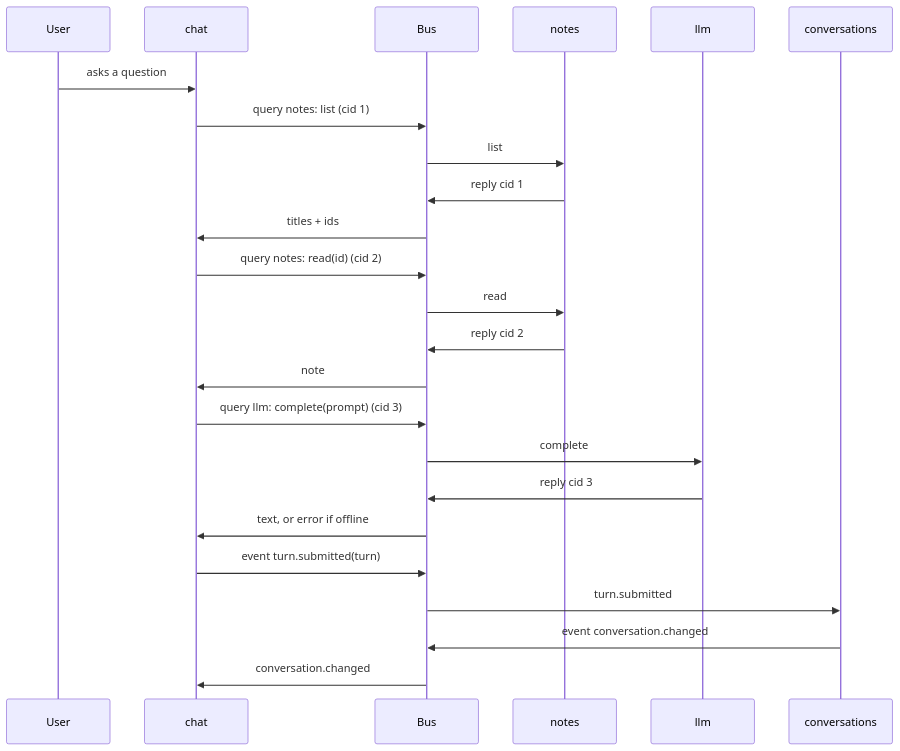
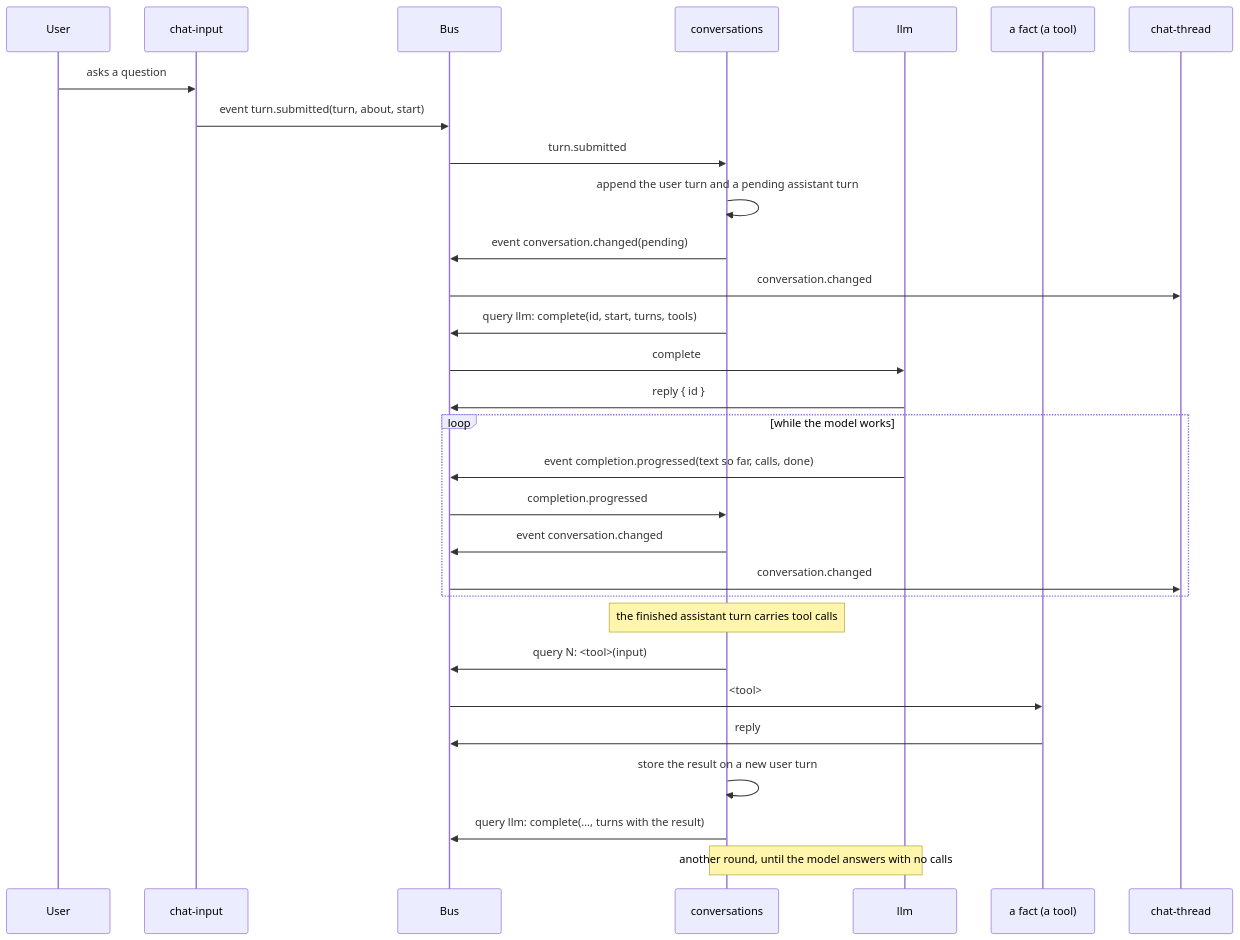
Before and after one commit to maciekkreft/unblent: the fourth of 4 diagrams in architecture.md, drawn with Mermaid. The commit also changed other lines of this file and 50 other files, not shown here.

````diff
--- a/architecture.md
+++ b/architecture.md
@@ -243,27 +247,33 @@
 ```mermaid
 sequenceDiagram
     participant U as User
-    participant C as chat
+    participant I as chat-input
     participant B as Bus
-    participant N as notes
+    participant V as conversations
     participant L as llm
-    participant V as conversations
+    participant N as a fact (a tool)
+    participant C as chat-thread
 
-    U->>C: asks a question
-    C->>B: query notes: list (cid 1)
-    B->>N: list
-    N->>B: reply cid 1
-    B->>C: titles + ids
-    C->>B: query notes: read(id) (cid 2)
-    B->>N: read
-    N->>B: reply cid 2
-    B->>C: note
-    C->>B: query llm: complete(prompt) (cid 3)
+    U->>I: asks a question
+    I->>B: event turn.submitted(turn, about, start)
+    B->>V: turn.submitted
+    V->>V: append the user turn and a pending assistant turn
+    V->>B: event conversation.changed(pending)
+    B->>C: conversation.changed
+    V->>B: query llm: complete(id, start, turns, tools)
     B->>L: complete
-    L->>B: reply cid 3
-    B->>C: text, or error if offline
-    C->>B: event turn.submitted(turn)
-    B->>V: turn.submitted
-    V->>B: event conversation.changed
-    B->>C: conversation.changed
+    L->>B: reply { id }
+    loop while the model works
+        L->>B: event completion.progressed(text so far, calls, done)
+        B->>V: completion.progressed
+        V->>B: event conversation.changed
+        B->>C: conversation.changed
+    end
+    Note over V: the finished assistant turn carries tool calls
+    V->>B: query N: <tool>(input)
+    B->>N: <tool>
+    N->>B: reply
+    V->>V: store the result on a new user turn
+    V->>B: query llm: complete(…, turns with the result)
+    Note over V,L: another round, until the model answers with no calls
 ```
````
